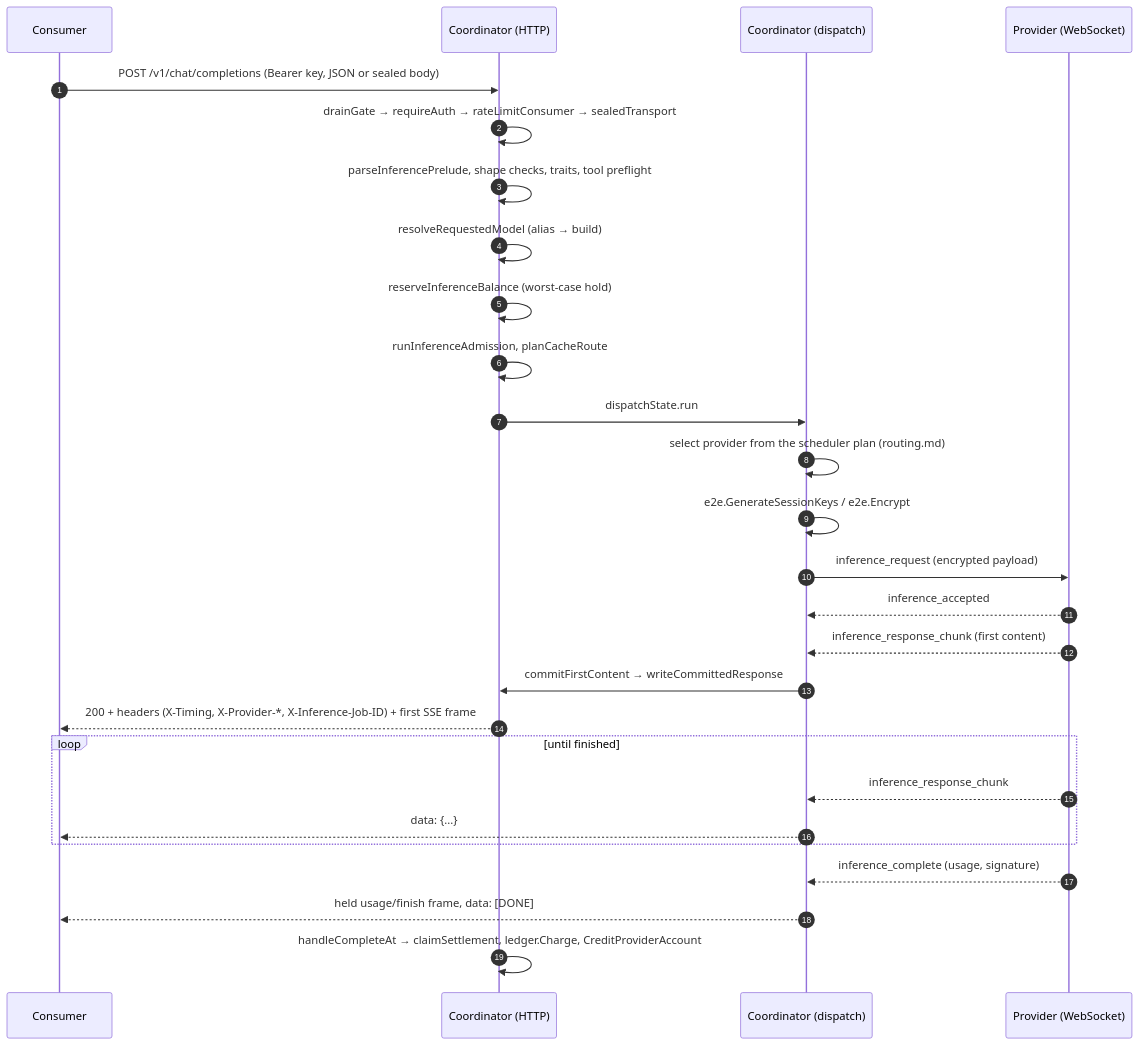
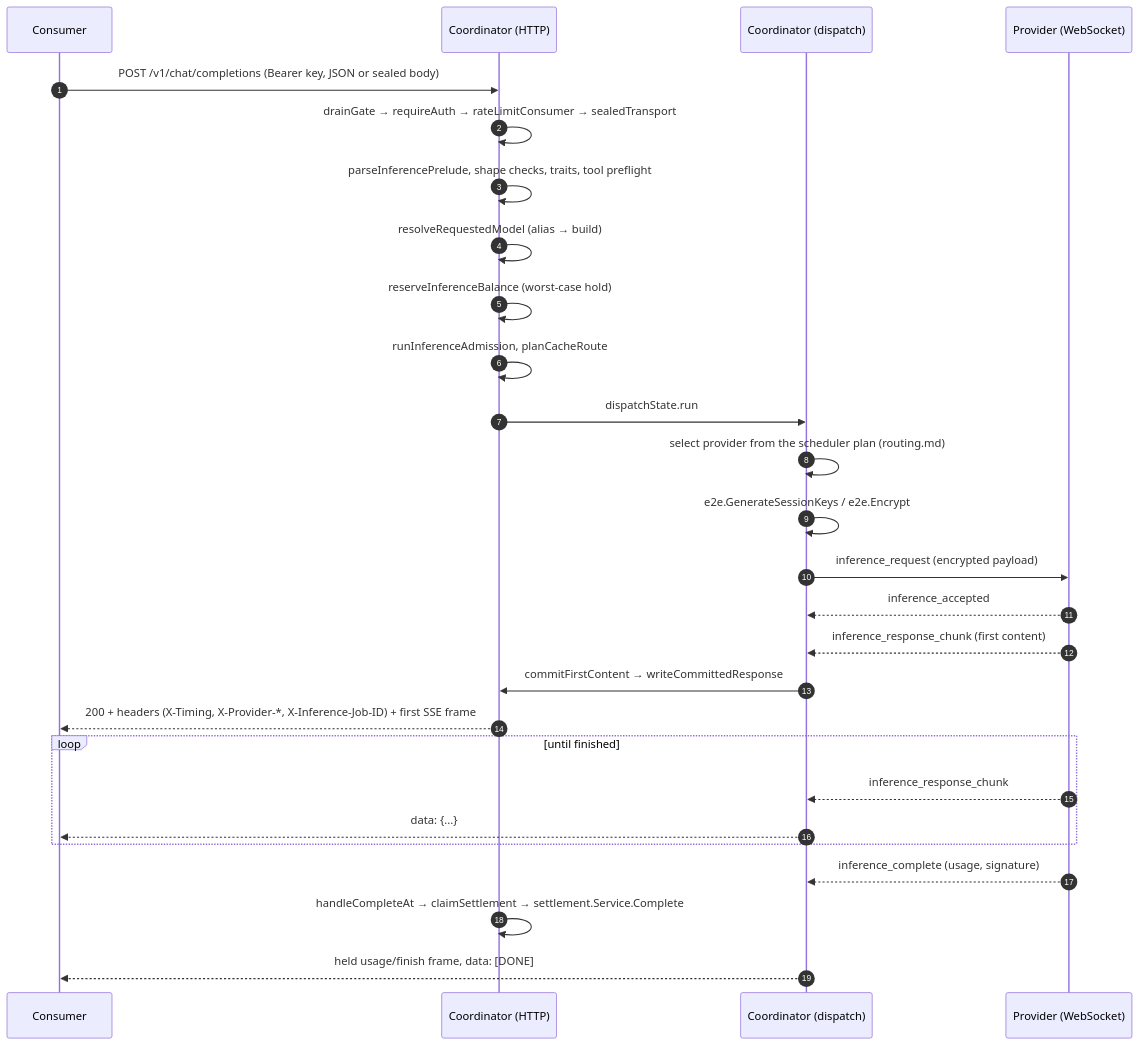
The diagram in docs/architecture/data-flow.md (Layr-Labs/d-inference), drawn with Mermaid before and after one commit. The commit also changed other lines of this file and 15 other files, not shown here.

````diff
--- a/docs/architecture/data-flow.md
+++ b/docs/architecture/data-flow.md
@@ -15,30 +15,30 @@
 ```mermaid
 sequenceDiagram
     autonumber
     participant C as Consumer
     participant K as Coordinator (HTTP)
     participant D as Coordinator (dispatch)
     participant P as Provider (WebSocket)
 
     C->>K: POST /v1/chat/completions (Bearer key, JSON or sealed body)
     K->>K: drainGate → requireAuth → rateLimitConsumer → sealedTransport
     K->>K: parseInferencePrelude, shape checks, traits, tool preflight
     K->>K: resolveRequestedModel (alias → build)
     K->>K: reserveInferenceBalance (worst-case hold)
     K->>K: runInferenceAdmission, planCacheRoute
     K->>D: dispatchState.run
     D->>D: select provider from the scheduler plan (routing.md)
     D->>D: e2e.GenerateSessionKeys / e2e.Encrypt
     D->>P: inference_request (encrypted payload)
     P-->>D: inference_accepted
     P-->>D: inference_response_chunk (first content)
     D->>K: commitFirstContent → writeCommittedResponse
     K-->>C: 200 + headers (X-Timing, X-Provider-*, X-Inference-Job-ID) + first SSE frame
     loop until finished
         P-->>D: inference_response_chunk
         D-->>C: data: {...}
     end
     P-->>D: inference_complete (usage, signature)
+    K->>K: handleCompleteAt → claimSettlement → settlement.Service.Complete
     D-->>C: held usage/finish frame, data: [DONE]
-    K->>K: handleCompleteAt → claimSettlement, ledger.Charge, CreditProviderAccount
 ```
````
